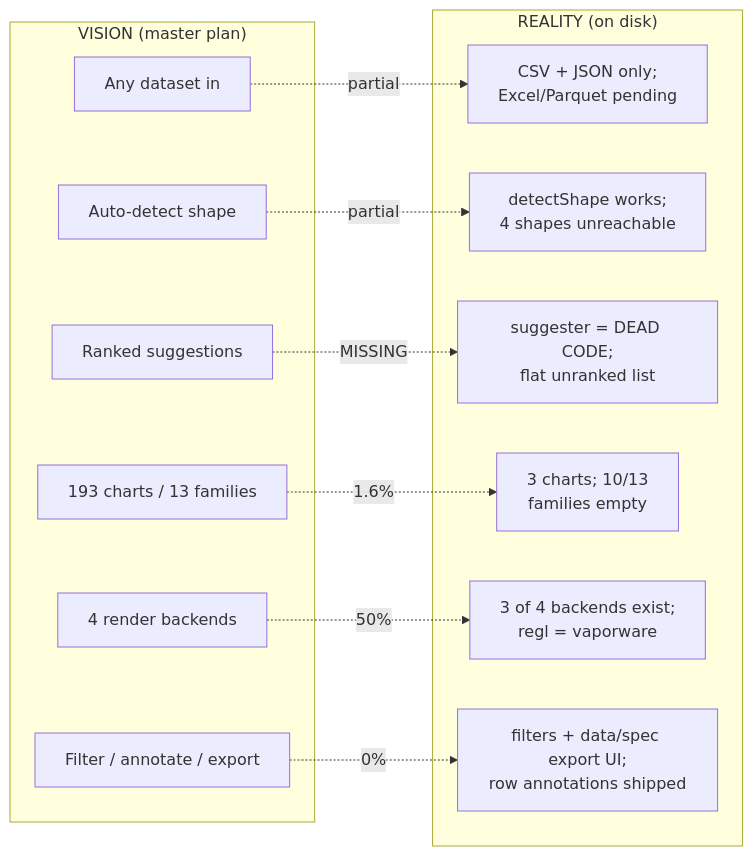
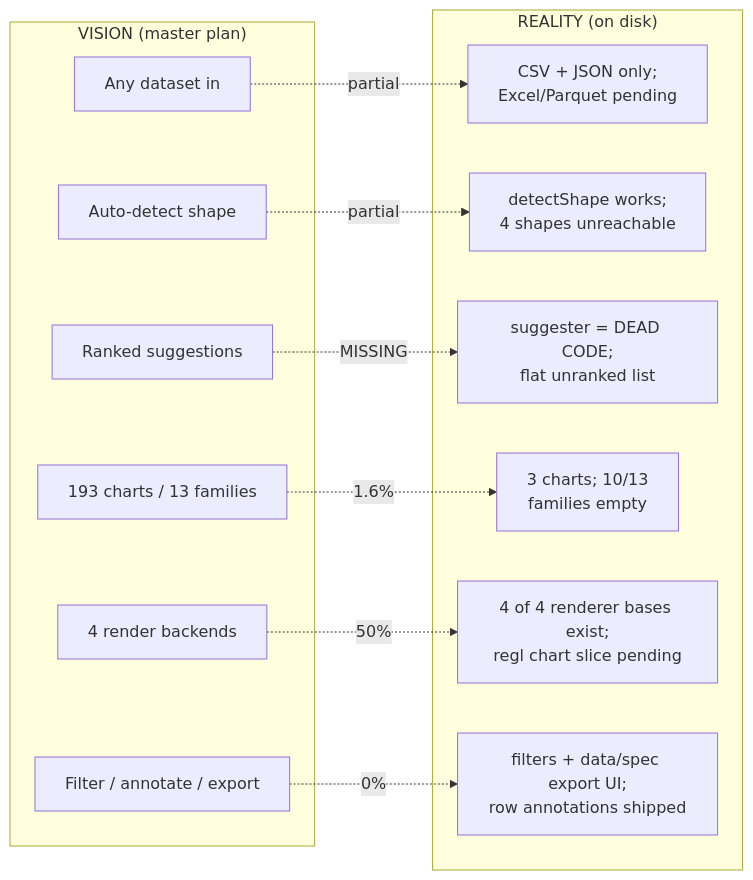
Before and after one commit to amrambouskila/business-intelligence: the first of 3 diagrams in docs/EXECUTION_ROADMAP.md, drawn with Mermaid. The commit also changed other lines of this file and 8 other files, not shown here.

Commit message:
Add regl renderer base

````diff
--- a/docs/EXECUTION_ROADMAP.md
+++ b/docs/EXECUTION_ROADMAP.md
@@ -33,25 +33,25 @@
 ```mermaid
 graph LR
     subgraph Vision["VISION (master plan)"]
         V1[Any dataset in]
         V2[Auto-detect shape]
         V3[Ranked suggestions]
         V4[193 charts / 13 families]
         V5[4 render backends]
         V6[Filter / annotate / export]
     end
     subgraph Reality["REALITY (on disk)"]
         R1[CSV + JSON only;<br/>Excel/Parquet pending]
         R2[detectShape works;<br/>4 shapes unreachable]
         R3[suggester = DEAD CODE;<br/>flat unranked list]
         R4[3 charts; 10/13<br/>families empty]
-        R5[3 of 4 backends exist;<br/>regl = vaporware]
+        R5[4 of 4 renderer bases exist;<br/>regl chart slice pending]
         R6[filters + data/spec export UI;<br/>row annotations shipped]
     end
     V1 -.->|partial| R1
     V2 -.->|partial| R2
     V3 -.->|MISSING| R3
     V4 -.->|1.6%| R4
     V5 -.->|50%| R5
     V6 -.->|0%| R6
 ```
````
